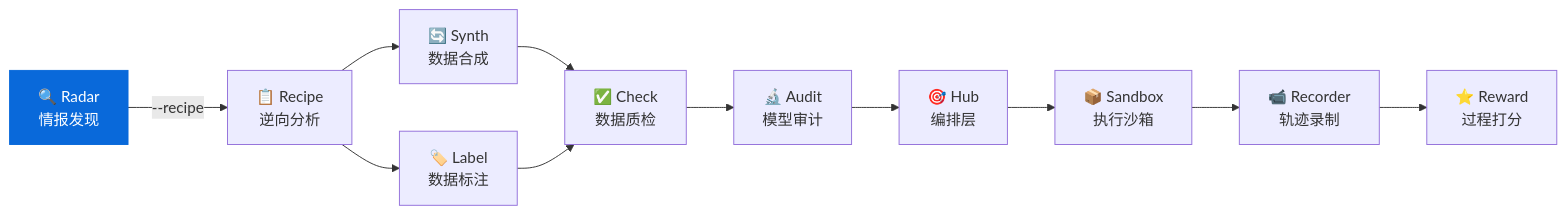
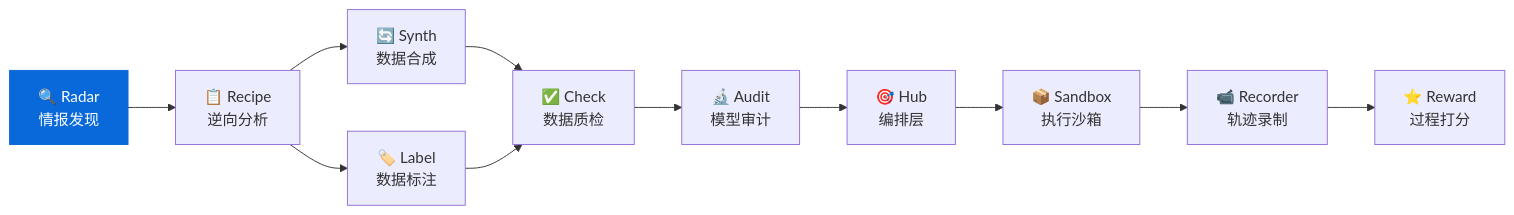
The second of 2 diagrams in README.md (liuxiaotong/ai-dataset-radar), drawn with Mermaid before and after one commit. The commit also changed other lines of this file and 1 other file, not shown here.

````diff
--- a/README.md
+++ b/README.md
@@ -209,14 +216,14 @@
 ```mermaid
 graph LR
-    Radar["🔍 Radar<br/>情报发现"] -->|--recipe| Recipe["📋 Recipe<br/>逆向分析"]
+    Radar["🔍 Radar<br/>情报发现"] --> Recipe["📋 Recipe<br/>逆向分析"]
     Recipe --> Synth["🔄 Synth<br/>数据合成"]
     Recipe --> Label["🏷️ Label<br/>数据标注"]
     Synth --> Check["✅ Check<br/>数据质检"]
     Label --> Check
     Check --> Audit["🔬 Audit<br/>模型审计"]
     Audit --> Hub["🎯 Hub<br/>编排层"]
     Hub --> Sandbox["📦 Sandbox<br/>执行沙箱"]
     Sandbox --> Recorder["📹 Recorder<br/>轨迹录制"]
     Recorder --> Reward["⭐ Reward<br/>过程打分"]
     style Radar fill:#0969da,color:#fff,stroke:#0969da
 ```
````
